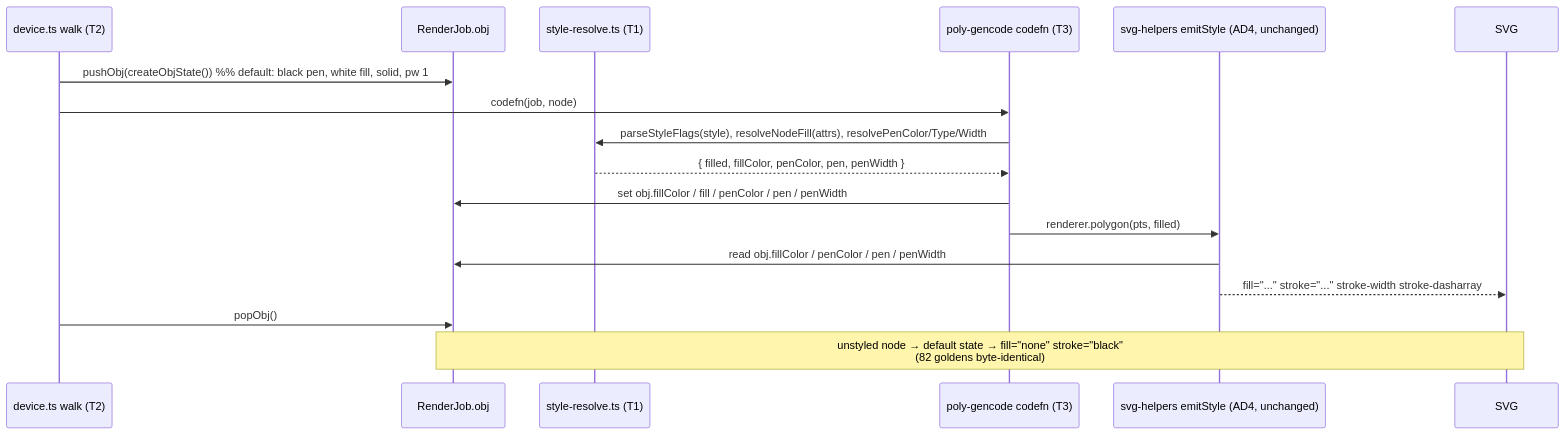
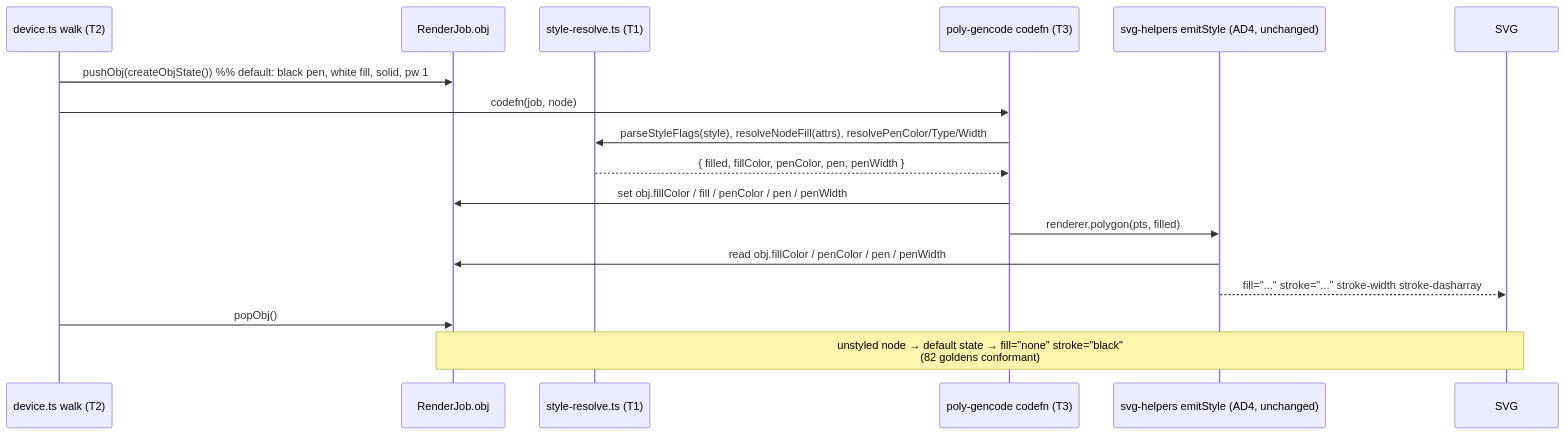
One commit to sseely/graphviz-ts changed the diagram in plans/parity-render-styling/diagrams/data-flow.md. Above: the diagram before and after it, drawn with Mermaid. The commit also changed 592 other files, not shown here.

````diff
--- a/plans/parity-render-styling/diagrams/data-flow.md
+++ b/plans/parity-render-styling/diagrams/data-flow.md
@@ -3,20 +3,20 @@
 ```mermaid
 sequenceDiagram
   participant Walk as device.ts walk (T2)
   participant Job as RenderJob.obj
   participant Res as style-resolve.ts (T1)
   participant Code as poly-gencode codefn (T3)
   participant Emit as svg-helpers emitStyle (AD4, unchanged)
   participant SVG
 
   Walk->>Job: pushObj(createObjState())   %% default: black pen, white fill, solid, pw 1
   Walk->>Code: codefn(job, node)
   Code->>Res: parseStyleFlags(style), resolveNodeFill(attrs), resolvePenColor/Type/Width
   Res-->>Code: { filled, fillColor, penColor, pen, penWidth }
   Code->>Job: set obj.fillColor / fill / penColor / pen / penWidth
   Code->>Emit: renderer.polygon(pts, filled)
   Emit->>Job: read obj.fillColor / penColor / pen / penWidth
   Emit-->>SVG: fill="..." stroke="..." stroke-width stroke-dasharray
   Walk->>Job: popObj()
-  Note over Job,SVG: unstyled node → default state → fill="none" stroke="black"<br/>(82 goldens byte-identical)
+  Note over Job,SVG: unstyled node → default state → fill="none" stroke="black"<br/>(82 goldens conformant)
 ```
````
